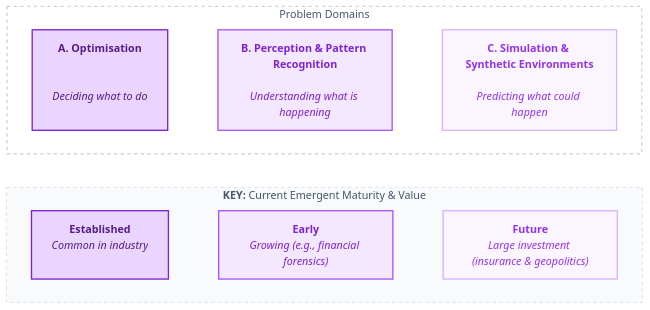
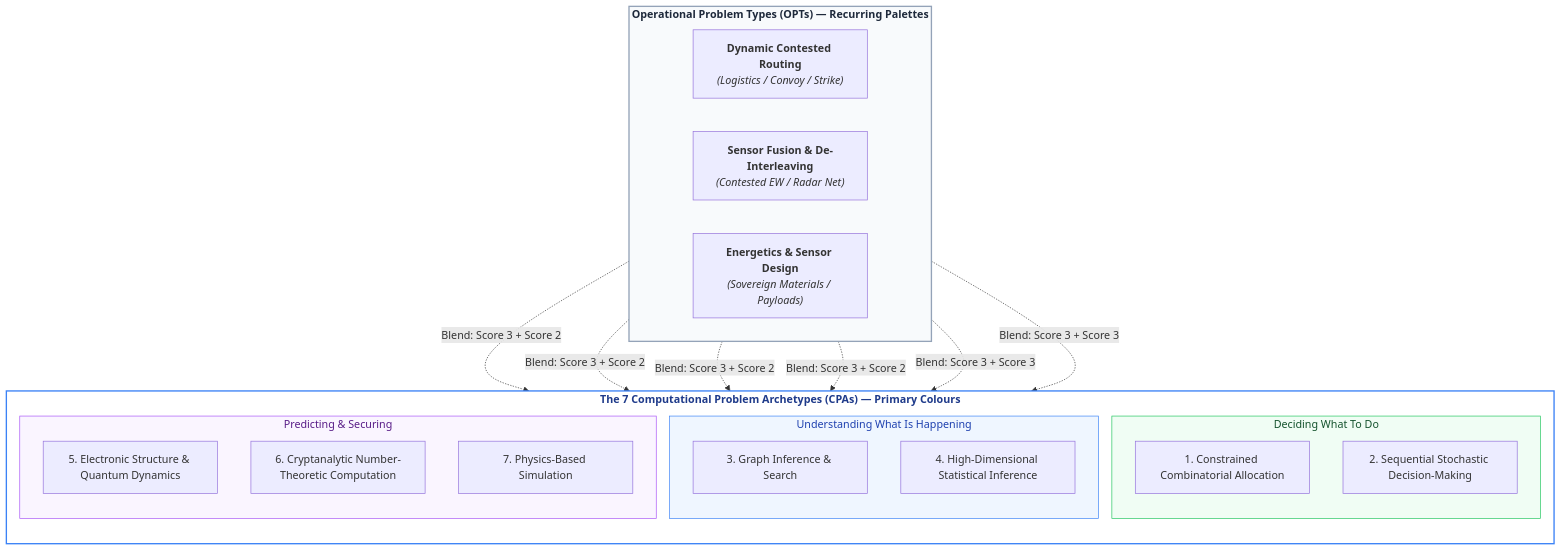
The second of 6 diagrams in quantum/The_Emergent_Algorithmic_Bridge.md (baddogdown/knowledge), drawn with Mermaid before and after one commit. The commit also changed other lines of this file and 2 other files, not shown here.

Commit message:
merging CKFs / CPAs into algo bridge

````diff
--- a/quantum/The_Emergent_Algorithmic_Bridge.md
+++ b/quantum/The_Emergent_Algorithmic_Bridge.md
@@ -109,33 +124,40 @@
 ```mermaid
 flowchart TB
 
-    subgraph DOMAINS ["Problem Domains"]
+    subgraph OPTS ["<b>Operational Problem Types (OPTs) — Recurring Palettes</b>"]
         direction LR
-        D1["<b>A. Optimisation</b><br/><br/><br/><i>Deciding what to do</i><br/><br/>"]
-        D2["<b>B. Perception & Pattern Recognition</b><br/><br/><i>Understanding what is happening</i>"]
-        D3["<b>C. Simulation & Synthetic Environments</b><br/><br/><i>Predicting what could happen</i>"]
-        D1 ~~~ D2 ~~~ D3
+        OPT1["<b>Dynamic Contested Routing</b><br/><i>(Logistics / Convoy / Strike)</i>"]
+        OPT2["<b>Sensor Fusion & De-Interleaving</b><br/><i>(Contested EW / Radar Net)</i>"]
+        OPT3["<b>Energetics & Sensor Design</b><br/><i>(Sovereign Materials / Payloads)</i>"]
     end
 
-    subgraph KEY ["<b>KEY:</b> Current Emergent Maturity & Value"]
-        direction LR
-        K1["<b>Established</b><br/><i>Common in industry</i><br/><br/>"]
-        K2["<b>Early</b><br/><i>Growing (e.g., financial forensics)</i>"]
-        K3["<b>Future</b><br/><i>Large investment (insurance & geopolitics)</i>"]
-        K1 ~~~ K2 ~~~ K3
+    subgraph CPAS ["<b>The 7 Computational Problem Archetypes (CPAs) — Primary Colours</b>"]
+        direction TB
+        subgraph DECIDE ["Deciding What To Do"]
+            CPA1["1. Constrained Combinatorial Allocation"]
+            CPA2["2. Sequential Stochastic Decision-Making"]
+        end
+        subgraph UNDERSTAND ["Understanding What Is Happening"]
+            CPA3["3. Graph Inference & Search"]
+            CPA4["4. High-Dimensional Statistical Inference"]
+        end
+        subgraph PREDICT ["Predicting & Securing"]
+            CPA5["5. Electronic Structure & Quantum Dynamics"]
+            CPA6["6. Cryptanalytic Number-Theoretic Computation"]
+            CPA7["7. Physics-Based Simulation"]
+        end
     end
 
-    DOMAINS ~~~ KEY
+    OPT1 -.->|"Blend: Score 3 + Score 2"| CPA1
+    OPT1 -.->|"Blend: Score 3 + Score 2"| CPA2
+    OPT2 -.->|"Blend: Score 3 + Score 2"| CPA3
+    OPT2 -.->|"Blend: Score 3 + Score 2"| CPA4
+    OPT3 -.->|"Blend: Score 3 + Score 3"| CPA5
+    OPT3 -.->|"Blend: Score 3 + Score 3"| CPA7
 
-    %% Styling Classes
-    classDef strong fill:#e9d5ff,stroke:#7e22ce,stroke-width:2px,color:#581c87
-    classDef medium fill:#f3e8ff,stroke:#a855f7,stroke-width:2px,color:#7e22ce
-    classDef weak fill:#faf5ff,stroke:#d8b4fe,stroke-width:2px,color:#9333ea
-
-    class D1,K1 strong
-    class D2,K2 medium
-    class D3,K3 weak
-
-    style DOMAINS fill:#ffffff,stroke:#cbd5e1,stroke-width:2px,stroke-dasharray: 5 5,color:#475569
-    style KEY fill:#f8fafc,stroke:#cbd5e1,stroke-width:1px,stroke-dasharray: 5 5,color:#475569
+    style OPTS fill:#f8fafc,stroke:#94a3b8,stroke-width:2px,color:#1e293b
+    style CPAS fill:#ffffff,stroke:#3b82f6,stroke-width:2px,color:#1e3a8a
+    style DECIDE fill:#f0fdf4,stroke:#22c55e,stroke-width:1px,color:#14532d
+    style UNDERSTAND fill:#eff6ff,stroke:#3b82f6,stroke-width:1px,color:#1e40af
+    style PREDICT fill:#faf5ff,stroke:#a855f7,stroke-width:1px,color:#581c87
 ```
````
